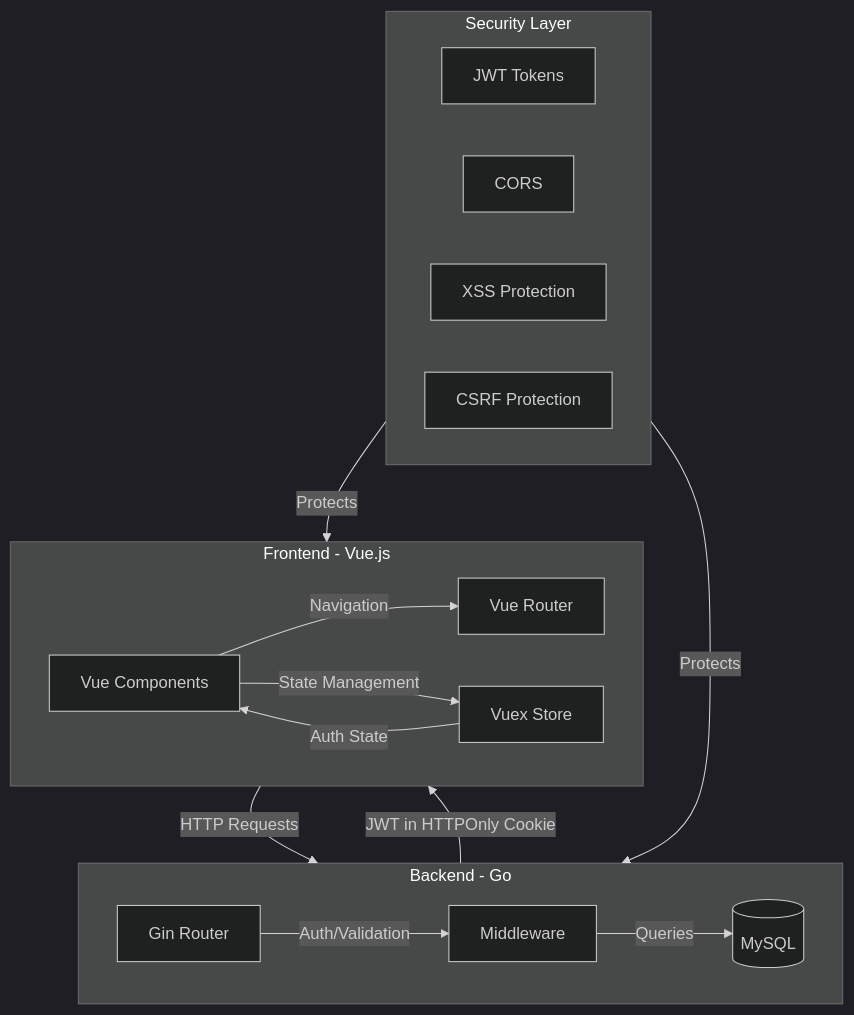
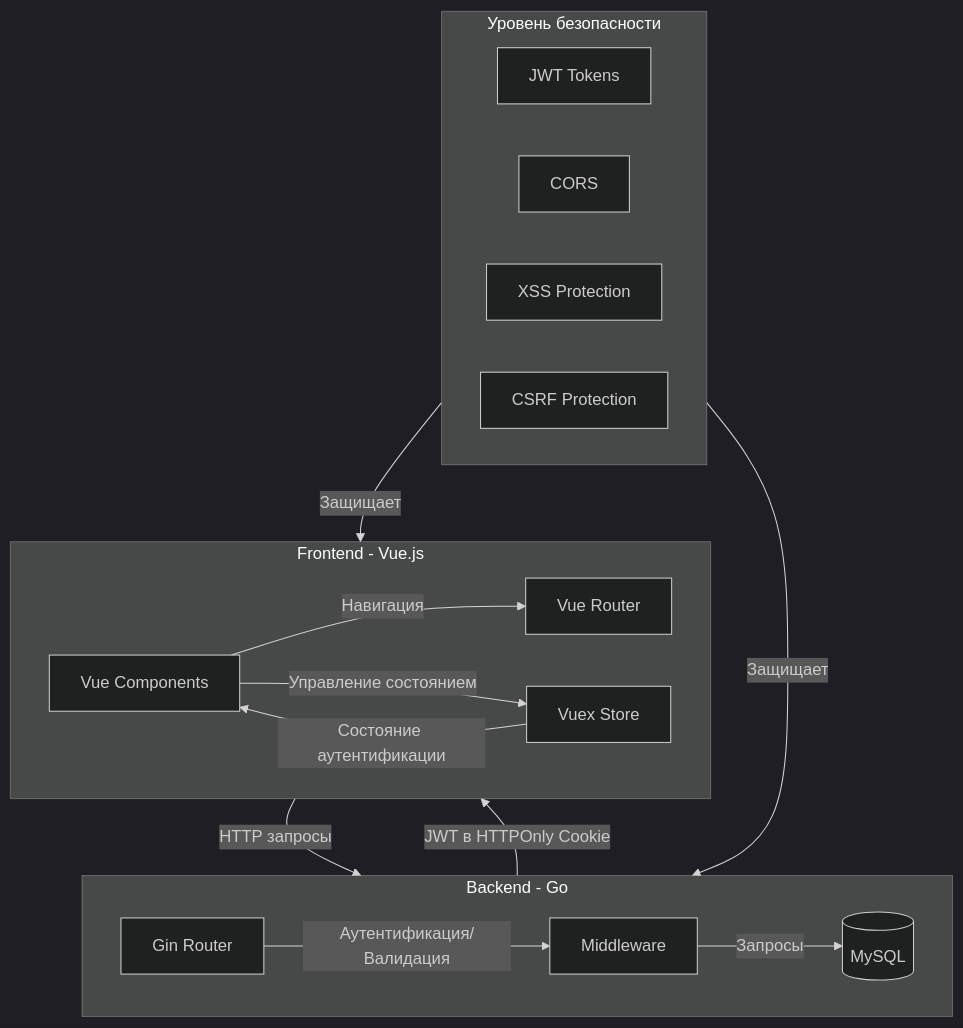
One commit to misha1350/mospolytech-web-app changed the first of 5 diagrams in docs/ARCHITECTURE.md. Above: the diagram before and after it, drawn with Mermaid (dark theme). The commit also changed other lines of this file and 6 other files, not shown here.

````diff
--- a/docs/ARCHITECTURE.md
+++ b/docs/ARCHITECTURE.md
@@ -3,32 +3,32 @@
 ```mermaid
 graph TD
     subgraph Frontend [Frontend - Vue.js]
         VR[Vue Router]
         VX[Vuex Store]
         VC[Vue Components]
-        VC -->|State Management| VX
-        VC -->|Navigation| VR
-        VX -->|Auth State| VC
+        VC -->|Управление состоянием| VX
+        VC -->|Навигация| VR
+        VX -->|Состояние аутентификации| VC
     end
 
     subgraph Backend [Backend - Go]
         GR[Gin Router]
         MW[Middleware]
         DB[(MySQL)]
-        GR -->|Auth/Validation| MW
-        MW -->|Queries| DB
+        GR -->|Аутентификация/Валидация| MW
+        MW -->|Запросы| DB
     end
 
-    subgraph Security [Security Layer]
+    subgraph Security [Уровень безопасности]
         JWT[JWT Tokens]
         CORS[CORS]
         XSS[XSS Protection]
         CSRF[CSRF Protection]
     end
 
-    Frontend -->|HTTP Requests| Backend
-    Backend -->|JWT in HTTPOnly Cookie| Frontend
-    Security -->|Protects| Frontend
-    Security -->|Protects| Backend
+    Frontend -->|HTTP запросы| Backend
+    Backend -->|JWT в HTTPOnly Cookie| Frontend
+    Security -->|Защищает| Frontend
+    Security -->|Защищает| Backend
 
 ```
````
